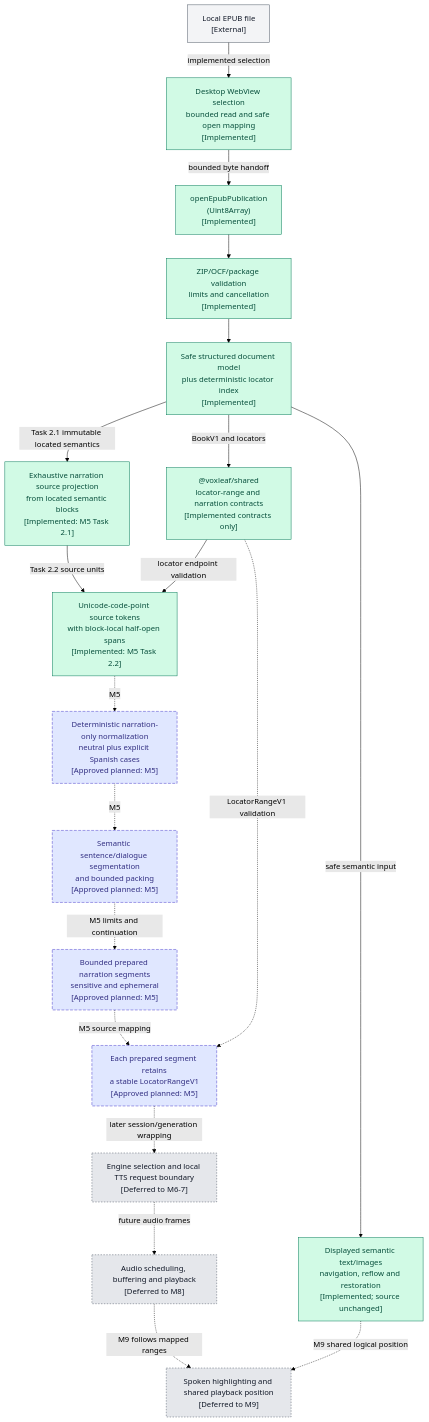
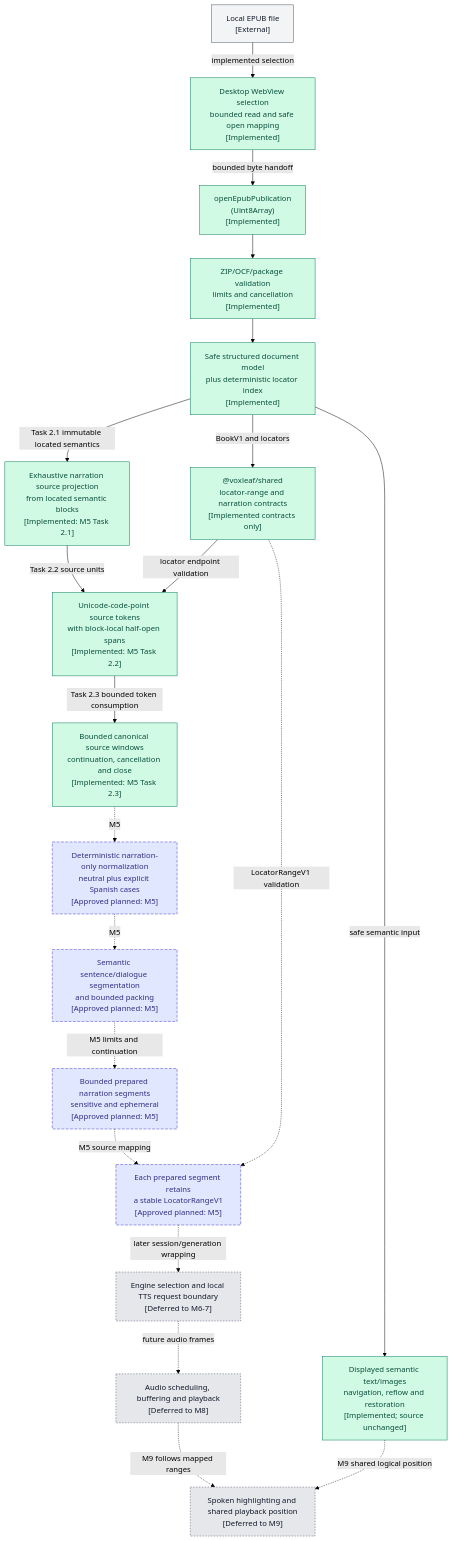
Before and after one commit to mmjosedaniel/voxleaf: the second of 2 diagrams in docs/architecture/system-diagram.md, drawn with Mermaid (forest theme). The commit also changed other lines of this file and 17 other files, not shown here.

Commit message:
Implement bounded narration source lifecycle (#81)

````diff
--- a/docs/architecture/system-diagram.md
+++ b/docs/architecture/system-diagram.md
@@ -99,43 +99,45 @@
 ```mermaid
 flowchart TB
   classDef implemented fill:#d1fae5,stroke:#047857,color:#064e3b
   classDef inprogress fill:#fef3c7,stroke:#b45309,stroke-width:3px,color:#78350f
   classDef planned fill:#e0e7ff,stroke:#4338ca,stroke-dasharray:6 3,color:#312e81
   classDef deferred fill:#e5e7eb,stroke:#4b5563,stroke-dasharray:3 3,color:#111827
   classDef external fill:#f3f4f6,stroke:#4b5563,color:#111827
 
   file["Local EPUB file<br/>[External]"]:::external
   selection["Desktop WebView selection<br/>bounded read and safe open mapping<br/>[Implemented]"]:::implemented
   opener["openEpubPublication<br/>(Uint8Array)<br/>[Implemented]"]:::implemented
   validation["ZIP/OCF/package validation<br/>limits and cancellation<br/>[Implemented]"]:::implemented
   semantics["Safe structured document model<br/>plus deterministic locator index<br/>[Implemented]"]:::implemented
   visualReader["Displayed semantic text/images<br/>navigation, reflow and restoration<br/>[Implemented; source unchanged]"]:::implemented
   contracts["@voxleaf/shared<br/>locator-range and narration contracts<br/>[Implemented contracts only]"]:::implemented
   sourceSelection["Exhaustive narration source projection<br/>from located semantic blocks<br/>[Implemented: M5 Task 2.1]"]:::implemented
   sourceMapping["Unicode-code-point source tokens<br/>with block-local half-open spans<br/>[Implemented: M5 Task 2.2]"]:::implemented
+  sourceWindow["Bounded canonical source windows<br/>continuation, cancellation and close<br/>[Implemented: M5 Task 2.3]"]:::implemented
   normalization["Deterministic narration-only normalization<br/>neutral plus explicit Spanish cases<br/>[Approved planned: M5]"]:::planned
   segmentation["Semantic sentence/dialogue segmentation<br/>and bounded packing<br/>[Approved planned: M5]"]:::planned
   boundedSegments["Bounded prepared narration segments<br/>sensitive and ephemeral<br/>[Approved planned: M5]"]:::planned
   mappedSegments["Each prepared segment retains<br/>a stable LocatorRangeV1<br/>[Approved planned: M5]"]:::planned
   ttsBoundary["Engine selection and local TTS request boundary<br/>[Deferred to M6-7]"]:::deferred
   audioPipeline["Audio scheduling, buffering and playback<br/>[Deferred to M8]"]:::deferred
   synchronizedReader["Spoken highlighting and shared playback position<br/>[Deferred to M9]"]:::deferred
 
   file -->|implemented selection| selection
   selection -->|bounded byte handoff| opener
   opener --> validation --> semantics
   semantics -->|safe semantic input| visualReader
   semantics -->|BookV1 and locators| contracts
   semantics -->|Task 2.1 immutable located semantics| sourceSelection
   sourceSelection -->|Task 2.2 source units| sourceMapping
   contracts -->|locator endpoint validation| sourceMapping
-  sourceMapping -.->|M5| normalization
+  sourceMapping -->|Task 2.3 bounded token consumption| sourceWindow
+  sourceWindow -.->|M5| normalization
   normalization -.->|M5| segmentation
   segmentation -.->|M5 limits and continuation| boundedSegments
   boundedSegments -.->|M5 source mapping| mappedSegments
   contracts -.->|LocatorRangeV1 validation| mappedSegments
   mappedSegments -.->|later session/generation wrapping| ttsBoundary
   ttsBoundary -.->|future audio frames| audioPipeline
   audioPipeline -.->|M9 follows mapped ranges| synchronizedReader
   visualReader -.->|M9 shared logical position| synchronizedReader
 ```
````
